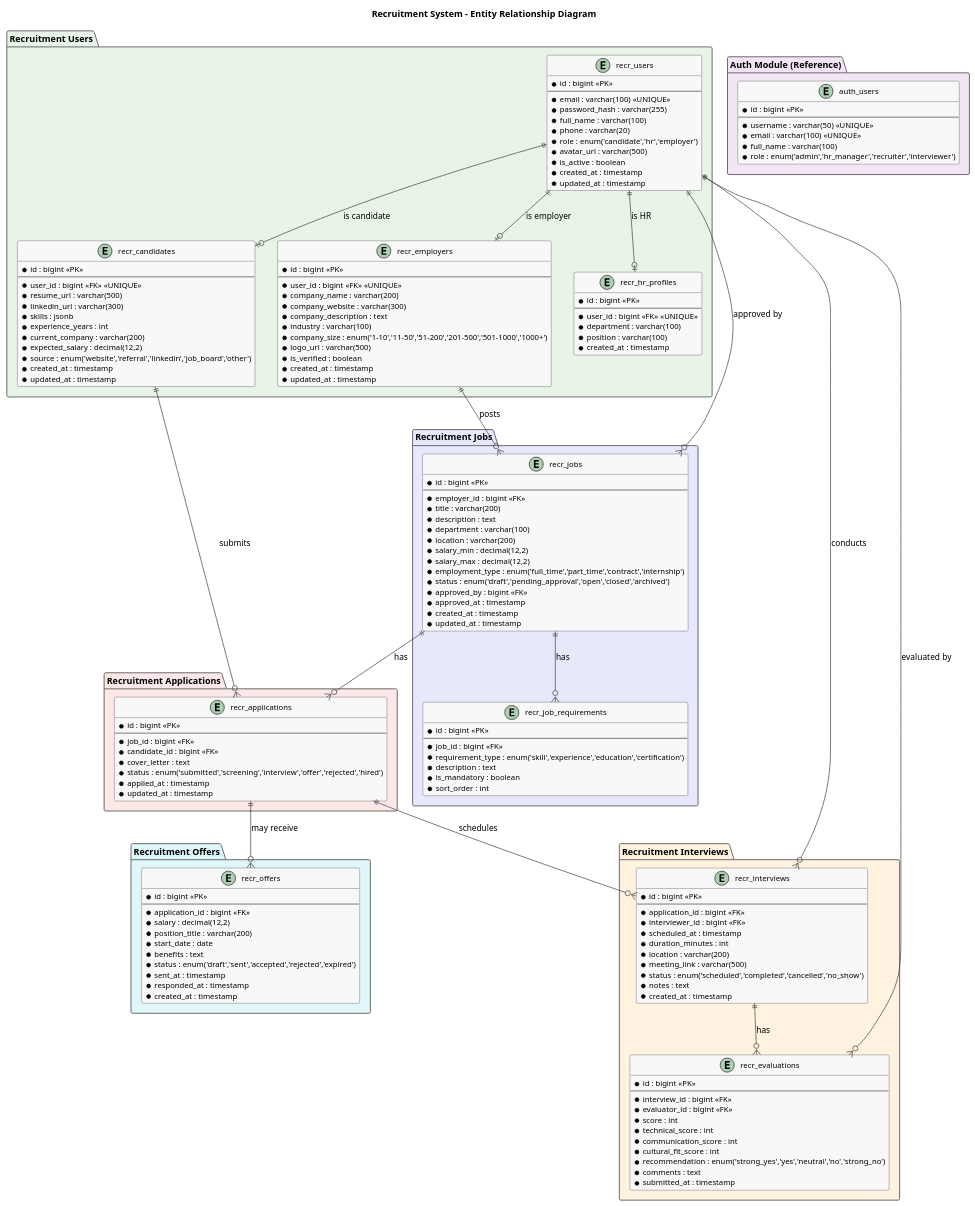
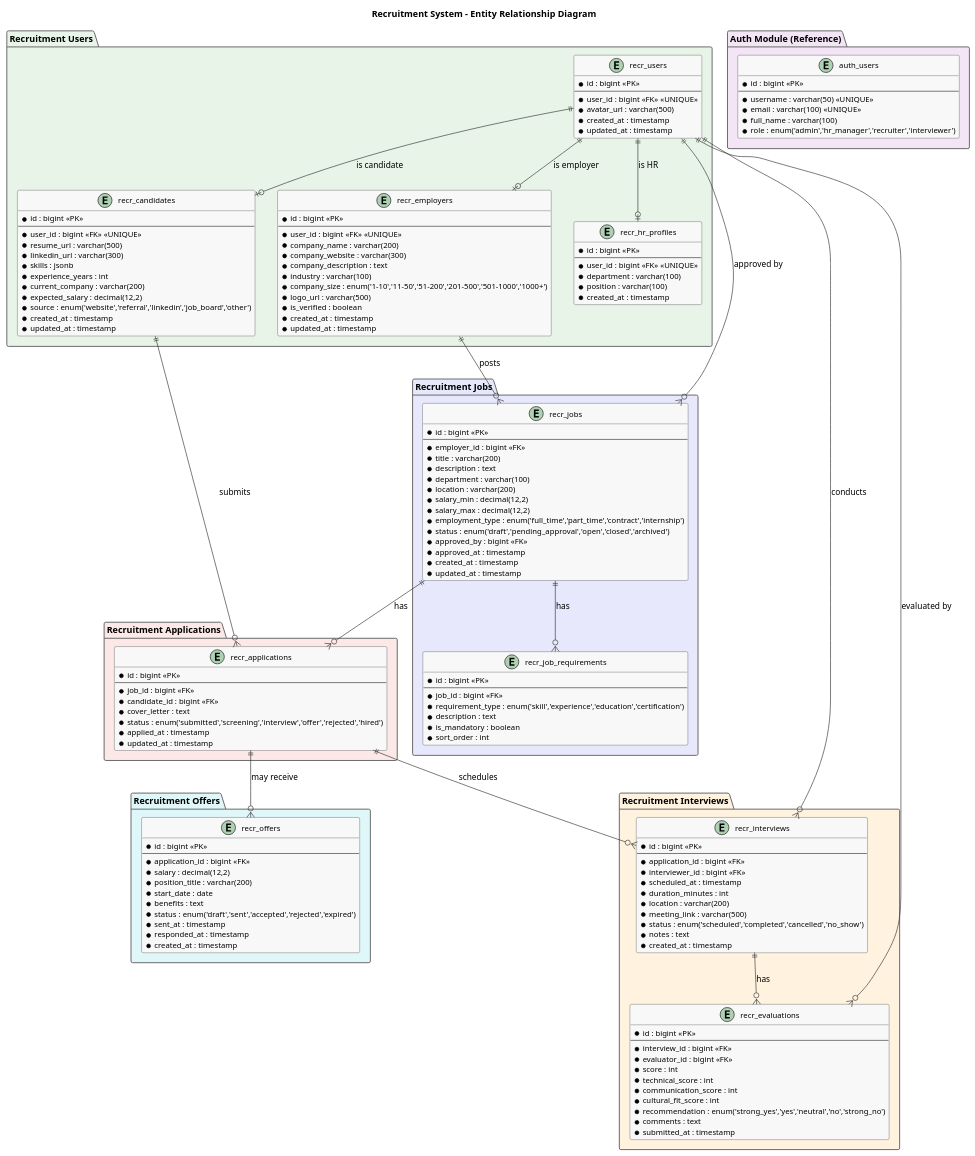
One commit to namnh240795/document changed the diagram in modules/recr/diagrams/erd/erd-recr.puml. Above: the diagram before and after it, drawn with PlantUML. The commit also changed 6 other files, not shown here.

```diff
--- a/modules/recr/diagrams/erd/erd-recr.puml
+++ b/modules/recr/diagrams/erd/erd-recr.puml
@@ -27,13 +27,8 @@
   entity "recr_users" as users {
     * id : bigint <<PK>>
     --
-    * email : varchar(100) <<UNIQUE>>
-    * password_hash : varchar(255)
-    * full_name : varchar(100)
-    * phone : varchar(20)
-    * role : enum('candidate','hr','employer')
+    * user_id : bigint <<FK>> <<UNIQUE>>
     * avatar_url : varchar(500)
-    * is_active : boolean
     * created_at : timestamp
     * updated_at : timestamp
   }
```
